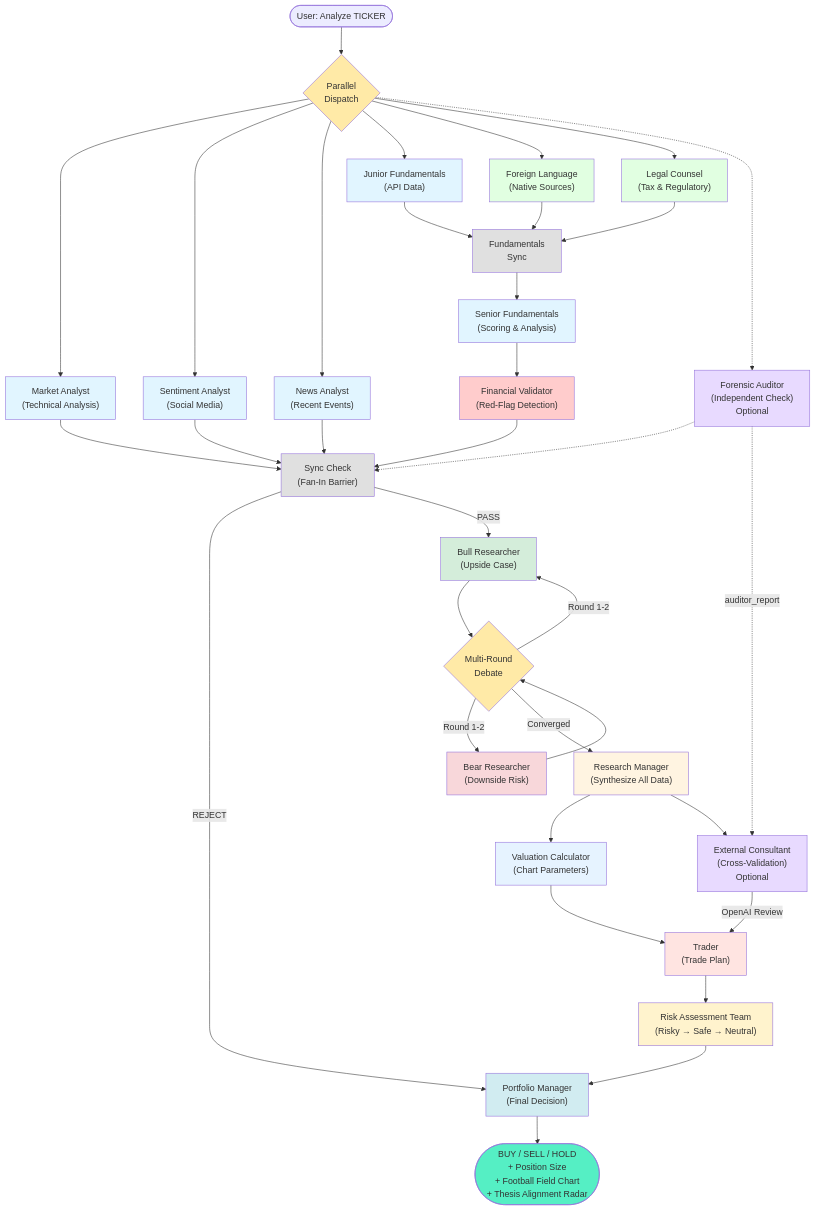
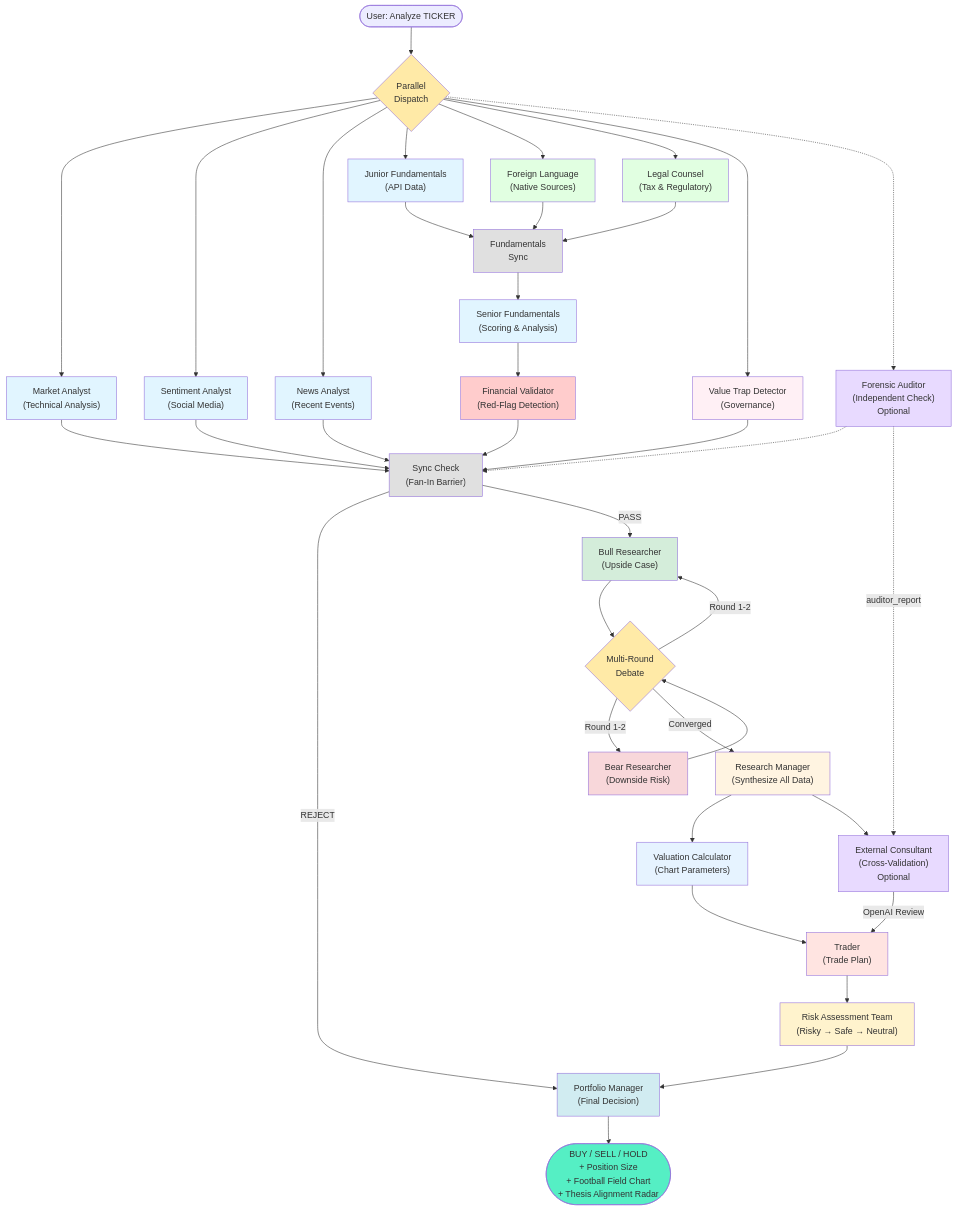
Before and after one commit to rgoerwit/ai-investment-agent: the diagram in README.md, drawn with Mermaid. The commit also changed other lines of this file and 23 other files, not shown here.

First line of the commit message:
Feature value trap checker (#38)

````diff
--- a/README.md
+++ b/README.md
@@ -42,75 +42,78 @@
 ```mermaid
 graph TB
     Start([User: Analyze TICKER]) --> Dispatcher{Parallel<br/>Dispatch}
 
-    %% Parallel Fan-Out: 6 branches run simultaneously
+    %% Parallel Fan-Out: 7 branches run simultaneously (+ optional Auditor)
     Dispatcher --> MarketAnalyst["Market Analyst<br/>(Technical Analysis)"]
     Dispatcher --> SentimentAnalyst["Sentiment Analyst<br/>(Social Media)"]
     Dispatcher --> NewsAnalyst["News Analyst<br/>(Recent Events)"]
     Dispatcher --> JuniorFund["Junior Fundamentals<br/>(API Data)"]
     Dispatcher --> ForeignLang["Foreign Language<br/>(Native Sources)"]
     Dispatcher --> LegalCounsel["Legal Counsel<br/>(Tax & Regulatory)"]
+    Dispatcher --> ValueTrap["Value Trap Detector<br/>(Governance)"]
     Dispatcher -.-> Auditor["Forensic Auditor<br/>(Independent Check)<br/>Optional"]
 
-    %% Market/Sentiment/News go directly to main Sync Check
+    %% Market/Sentiment/News/ValueTrap go directly to main Sync Check
     MarketAnalyst --> SyncCheck["Sync Check<br/>(Fan-In Barrier)"]
     SentimentAnalyst --> SyncCheck
     NewsAnalyst --> SyncCheck
+    ValueTrap --> SyncCheck
     Auditor -.-> SyncCheck
 
     %% Fundamentals sub-graph: Junior + Foreign + Legal sync first
     JuniorFund --> FundSync["Fundamentals<br/>Sync"]
     ForeignLang --> FundSync
     LegalCounsel --> FundSync
     FundSync --> SeniorFund["Senior Fundamentals<br/>(Scoring & Analysis)"]
     SeniorFund --> Validator["Financial Validator<br/>(Red-Flag Detection)"]
     Validator --> SyncCheck
 
     %% After all branches complete
     SyncCheck -->|REJECT| PortfolioManager["Portfolio Manager<br/>(Final Decision)"]
     SyncCheck -->|PASS| BullResearcher["Bull Researcher<br/>(Upside Case)"]
 
     BullResearcher --> Debate{Multi-Round<br/>Debate}
     BearResearcher["Bear Researcher<br/>(Downside Risk)"] --> Debate
 
     Debate -->|Round 1-2| BullResearcher
     Debate -->|Round 1-2| BearResearcher
     Debate -->|Converged| ResearchManager["Research Manager<br/>(Synthesize All Data)"]
 
     %% Post-Research Manager: Valuation Calculator and Consultant run in parallel
     ResearchManager --> ValuationCalc["Valuation Calculator<br/>(Chart Parameters)"]
     ResearchManager --> Consultant["External Consultant<br/>(Cross-Validation)<br/>Optional"]
     Auditor -.->|auditor_report| Consultant
 
     ValuationCalc --> Trader["Trader<br/>(Trade Plan)"]
     Consultant -->|OpenAI Review| Trader
 
     Trader --> RiskTeam["Risk Assessment Team<br/>(Risky → Safe → Neutral)"]
 
     RiskTeam --> PortfolioManager
 
     PortfolioManager --> Decision([BUY / SELL / HOLD<br/>+ Position Size<br/>+ Football Field Chart<br/>+ Thesis Alignment Radar])
 
     style Dispatcher fill:#ffeaa7,color:#333
     style MarketAnalyst fill:#e1f5ff,color:#333
     style NewsAnalyst fill:#e1f5ff,color:#333
     style SentimentAnalyst fill:#e1f5ff,color:#333
     style JuniorFund fill:#e1f5ff,color:#333
     style ForeignLang fill:#e1ffe1,color:#333
     style LegalCounsel fill:#e1ffe1,color:#333
     style FundSync fill:#e0e0e0,color:#333
     style SeniorFund fill:#e1f5ff,color:#333
     style Validator fill:#ffcccc,color:#333
     style SyncCheck fill:#e0e0e0,color:#333
     style ResearchManager fill:#fff4e1,color:#333
     style BullResearcher fill:#d4edda,color:#333
     style BearResearcher fill:#f8d7da,color:#333
     style ValuationCalc fill:#e6f3ff,color:#333
     style Consultant fill:#e8daff,color:#333
     style Auditor fill:#e8daff,color:#333
+    style ValueTrap fill:#fff0f5,color:#333
     style Trader fill:#ffe4e1,color:#333
     style RiskTeam fill:#fff3cd,color:#333
     style PortfolioManager fill:#d1ecf1,color:#333
     style Debate fill:#ffeaa7,color:#333
     style Decision fill:#55efc4,color:#333
 ```
````
